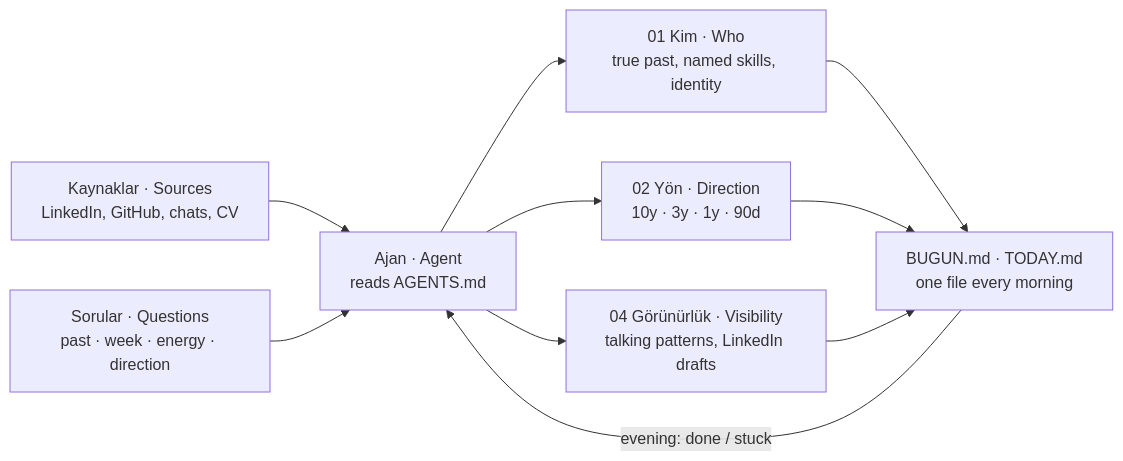
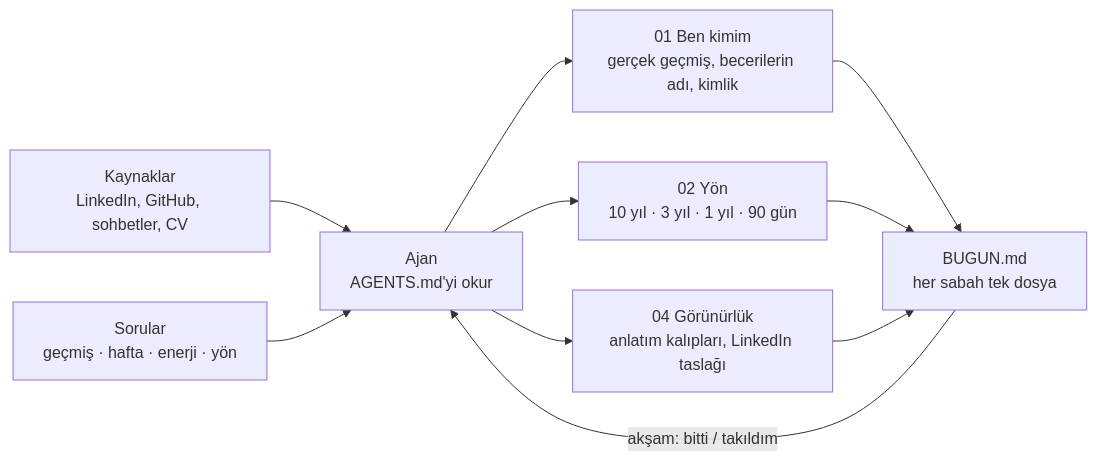
The diagram in README.md (sdogukan/kariyer-navigatoru), drawn with Mermaid before and after one commit. The commit also changed other lines of this file and 3 other files, not shown here.

Commit message:
Repo tamamen Türkçe: tek AGENTS.md, Türkçe README ve CLAUDE.md

````diff
--- a/README.md
+++ b/README.md
@@ -9,12 +7,12 @@
 ```mermaid
 flowchart LR
-    S["Kaynaklar · Sources<br/>LinkedIn, GitHub, chats, CV"] --> A["Ajan · Agent<br/>reads AGENTS.md"]
-    Q["Sorular · Questions<br/>past · week · energy · direction"] --> A
-    A --> K["01 Kim · Who<br/>true past, named skills, identity"]
-    A --> Y["02 Yön · Direction<br/>10y · 3y · 1y · 90d"]
-    A --> G["04 Görünürlük · Visibility<br/>talking patterns, LinkedIn drafts"]
-    K --> T["BUGUN.md · TODAY.md<br/>one file every morning"]
+    S["Kaynaklar<br/>LinkedIn, GitHub, sohbetler, CV"] --> A["Ajan<br/>AGENTS.md'yi okur"]
+    Q["Sorular<br/>geçmiş · hafta · enerji · yön"] --> A
+    A --> K["01 Ben kimim<br/>gerçek geçmiş, becerilerin adı, kimlik"]
+    A --> Y["02 Yön<br/>10 yıl · 3 yıl · 1 yıl · 90 gün"]
+    A --> G["04 Görünürlük<br/>anlatım kalıpları, LinkedIn taslağı"]
+    K --> T["BUGUN.md<br/>her sabah tek dosya"]
     Y --> T
     G --> T
-    T -- "evening: done / stuck" --> A
+    T -- "akşam: bitti / takıldım" --> A
 ```
````
